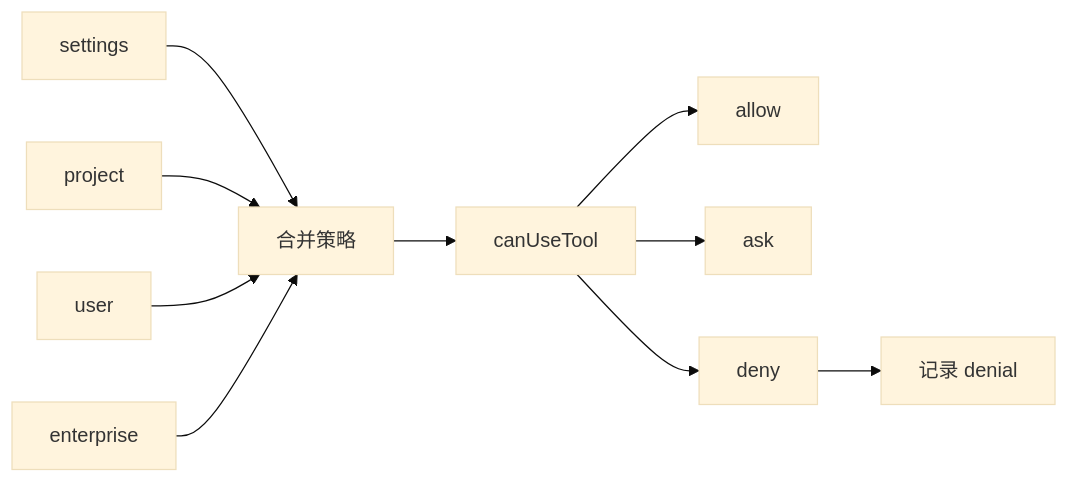
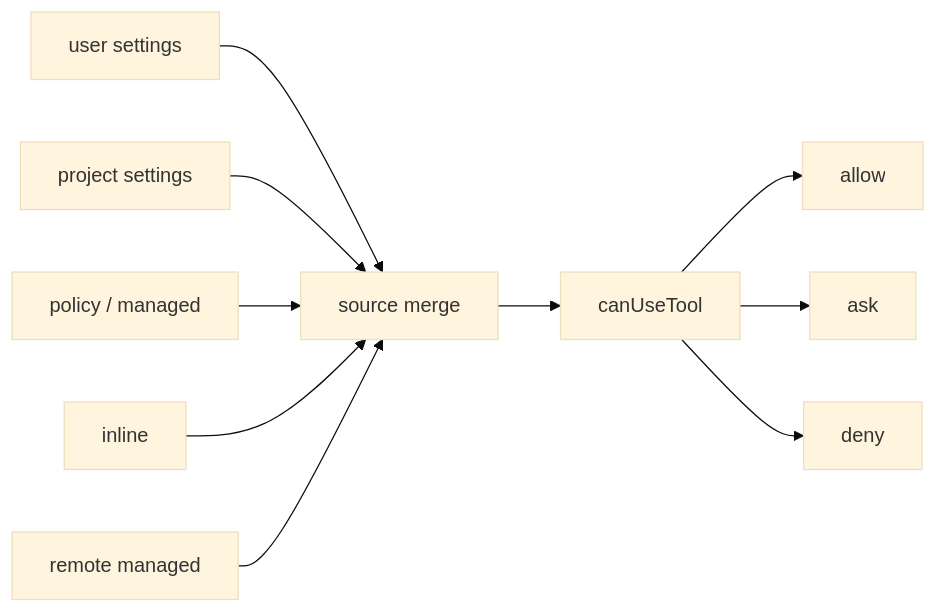
Before and after one commit to betaHi/betaHi.github.io: the diagram in claude-code-architecture/06-state-config-and-permissions.md, drawn with Mermaid (base theme). The commit also changed 3 other files, not shown here.

First line of the commit message:
Audit all mermaid diagrams for source fidelity

````diff
--- a/claude-code-architecture/06-state-config-and-permissions.md
+++ b/claude-code-architecture/06-state-config-and-permissions.md
@@ -29,12 +29,12 @@
 ```mermaid
 flowchart LR
-    S1["settings"] --> M["合并策略"]
-    S2["project"] --> M
-    S3["user"] --> M
-    S4["enterprise"] --> M
+    S1["user settings"] --> M["source merge"]
+    S2["project settings"] --> M
+    S3["policy / managed"] --> M
+    S4["inline"] --> M
+    S5["remote managed"] --> M
     M --> C["canUseTool"]
     C --> A["allow"]
     C --> Q["ask"]
     C --> D["deny"]
-    D --> L["记录 denial"]
 ```
````
